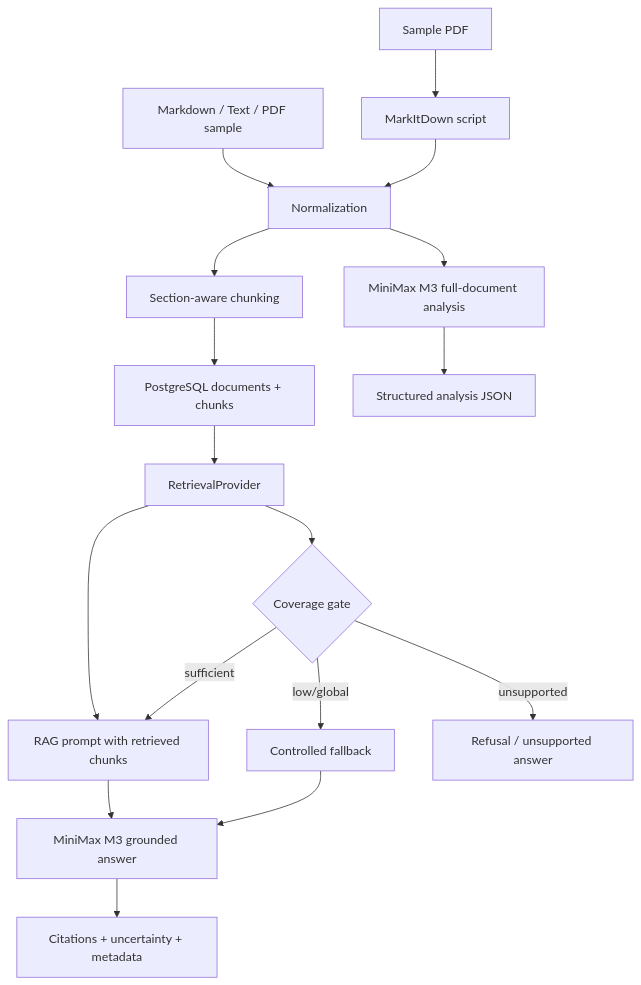
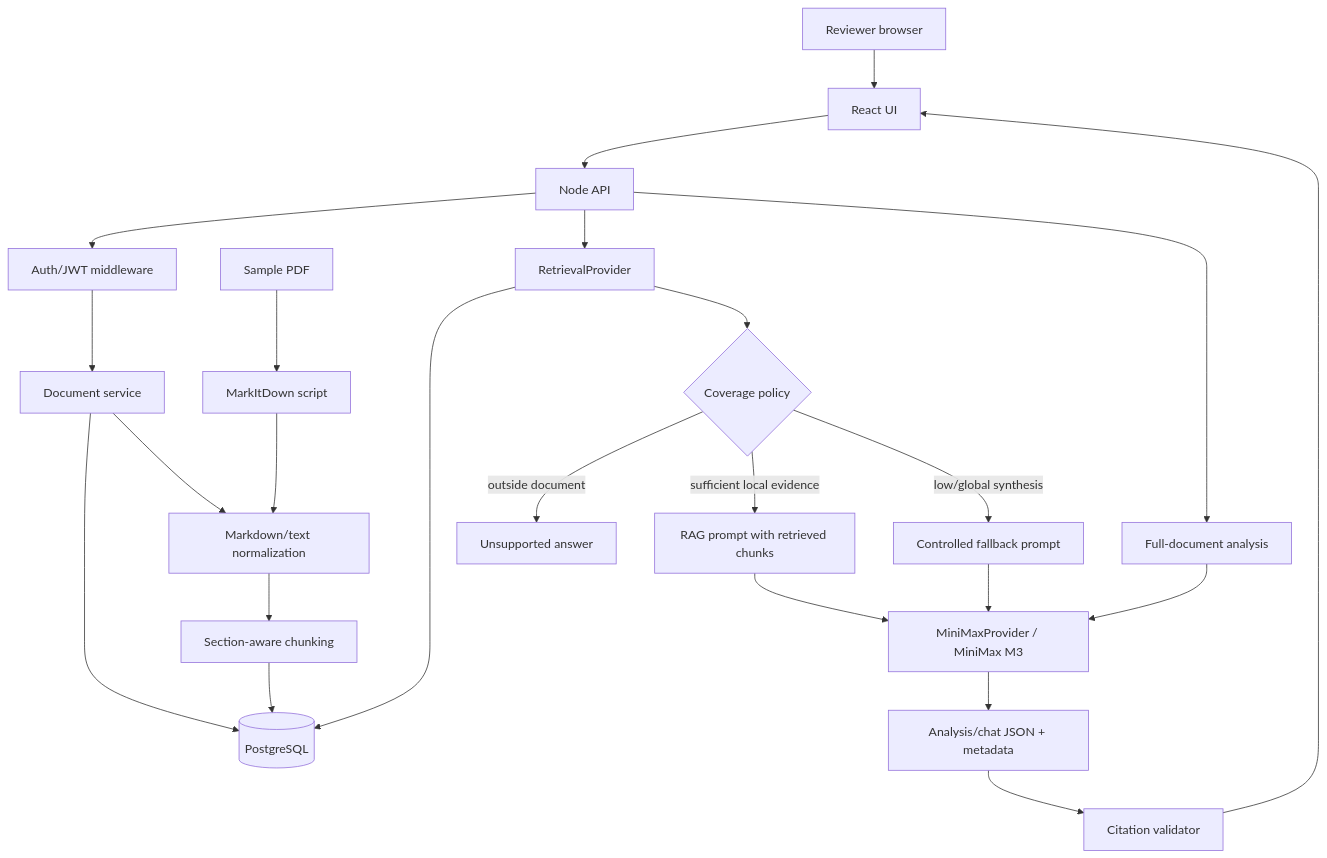
The diagram in README.md (juancruzmunozalbelo/doculens-ai), drawn with Mermaid before and after one commit. The commit also changed other lines of this file and 3 other files, not shown here.

````diff
--- a/README.md
+++ b/README.md
@@ -20,19 +37,26 @@
 ```mermaid
 flowchart TD
-  A[Markdown / Text / PDF sample] --> B[Normalization]
-  P[Sample PDF] --> M[MarkItDown script]
-  M --> B
-  B --> C[Section-aware chunking]
-  C --> D[PostgreSQL documents + chunks]
-  D --> R[RetrievalProvider]
-  R --> G[RAG prompt with retrieved chunks]
-  G --> X[MiniMax M3 grounded answer]
-  B --> Y[MiniMax M3 full-document analysis]
-  X --> Z[Citations + uncertainty + metadata]
-  Y --> Q[Structured analysis JSON]
-  R --> F{Coverage gate}
-  F -->|sufficient| G
-  F -->|low/global| L[Controlled fallback]
-  L --> X
-  F -->|unsupported| U[Refusal / unsupported answer]
+  U[Reviewer browser] --> UI[React UI]
+  UI --> API[Node API]
+  API --> AUTH[Auth/JWT middleware]
+  AUTH --> DOCS[Document service]
+  DOCS --> PG[(PostgreSQL)]
+  DOCS --> N[Markdown/text normalization]
+  N --> C[Section-aware chunking]
+  C --> PG
+  API --> R[RetrievalProvider]
+  R --> PG
+  R --> G{Coverage policy}
+  G -->|sufficient local evidence| RAG[RAG prompt with retrieved chunks]
+  G -->|low/global synthesis| FB[Controlled fallback prompt]
+  G -->|outside document| UNSUP[Unsupported answer]
+  RAG --> MM[MiniMaxProvider / MiniMax M3]
+  FB --> MM
+  API --> ANA[Full-document analysis]
+  ANA --> MM
+  MM --> OUT[Analysis/chat JSON + metadata]
+  OUT --> CIT[Citation validator]
+  CIT --> UI
+  PDF[Sample PDF] --> MID[MarkItDown script]
+  MID --> N
 ```
````
